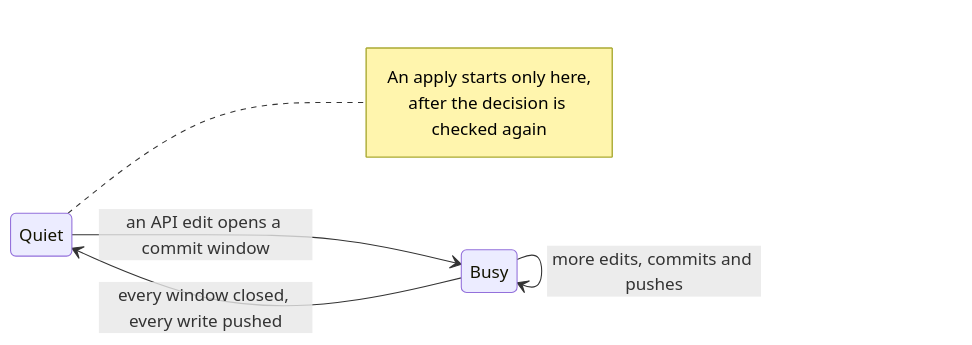
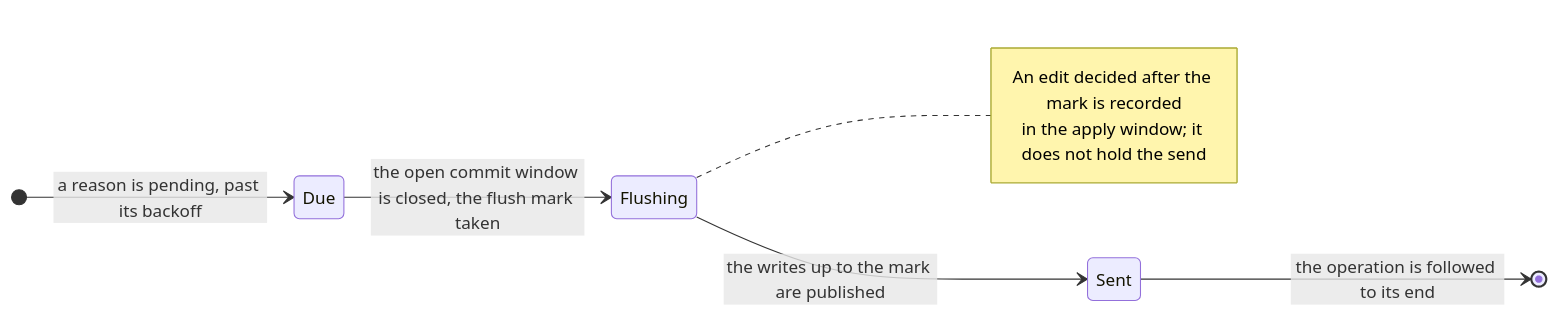
One commit to ConfigButler/gitops-reverser changed the third of 5 diagrams in docs/bi-directional.md. Above: the diagram before and after it, drawn with Mermaid. The commit also changed other lines of this file and 158 other files, not shown here.

First line of the commit message:
feat!: recognize the applier's own writes, and flush before applying (#425)

````diff
--- a/docs/bi-directional.md
+++ b/docs/bi-directional.md
@@ -126,11 +133,12 @@
 ```mermaid
 stateDiagram-v2
     direction LR
-    Quiet --> Busy: an API edit opens a commit window
-    Busy --> Busy: more edits, commits and pushes
-    Busy --> Quiet: every window closed, every write pushed
-    note right of Quiet
-        An apply starts only here,
-        after the decision is checked again
+    [*] --> Due: a reason is pending, past its backoff
+    Due --> Flushing: the open commit window is closed, the flush mark taken
+    Flushing --> Sent: the writes up to the mark are published
+    Sent --> [*]: the operation is followed to its end
+    note right of Flushing
+        An edit decided after the mark is recorded
+        in the apply window; it does not hold the send
     end note
 ```
````
